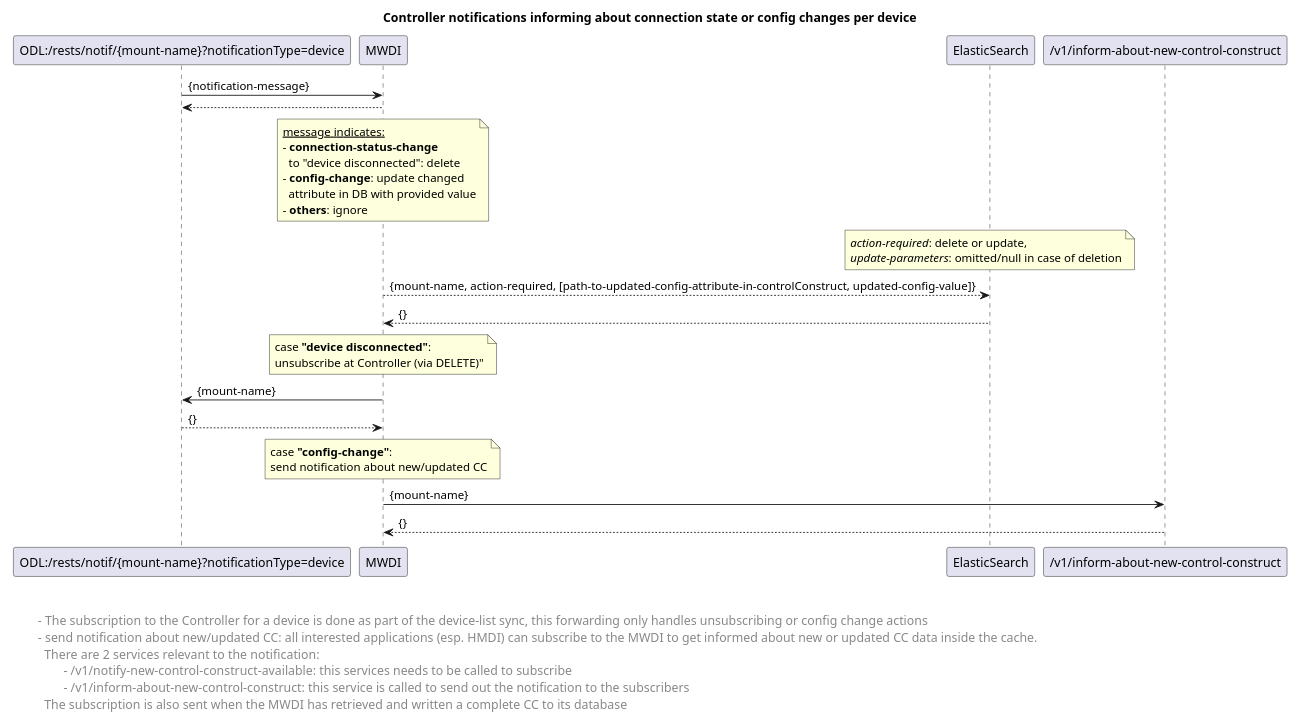
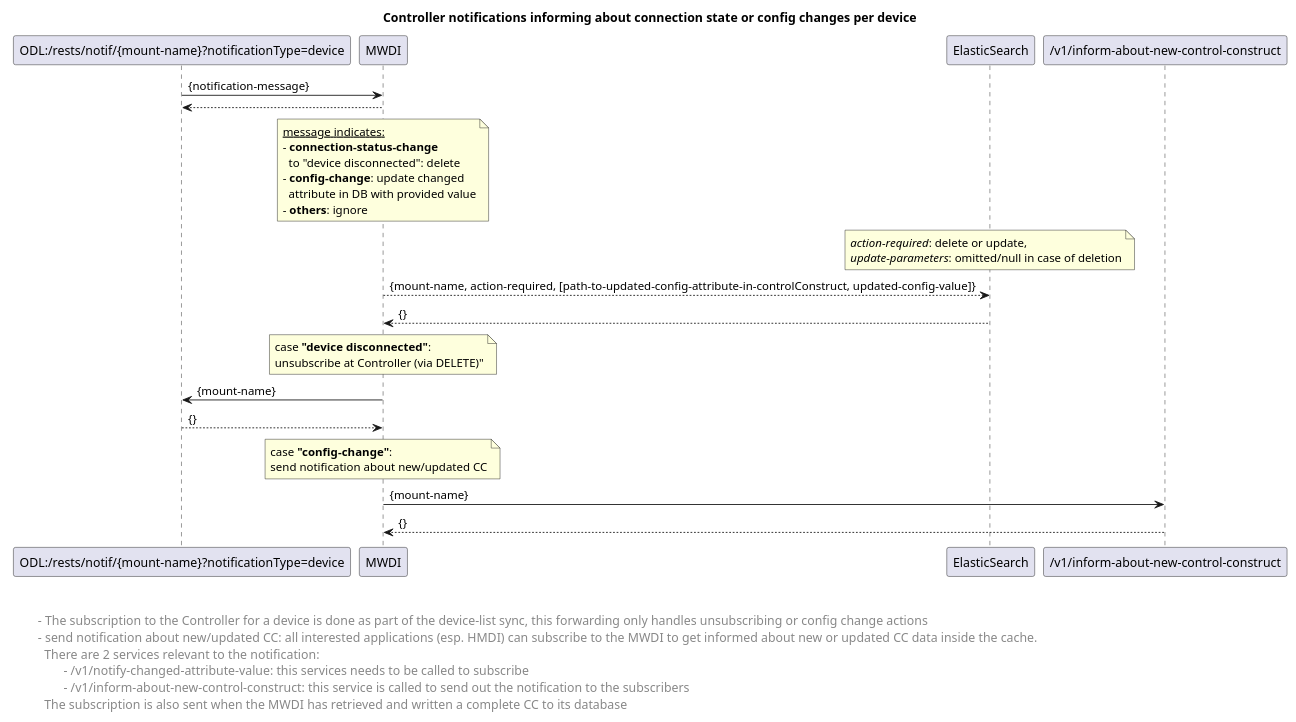
One commit to openBackhaul/MicroWaveDeviceInventory changed the diagram in spec/diagrams/other-process-flows/controlflow_no_forwarding_ControllerNotification.plantuml. Above: the diagram before and after it, drawn with PlantUML. The commit also changed 4 other files, not shown here.

```diff
--- a/spec/diagrams/other-process-flows/controlflow_no_forwarding_ControllerNotification.plantuml
+++ b/spec/diagrams/other-process-flows/controlflow_no_forwarding_ControllerNotification.plantuml
@@ -1,53 +1,53 @@
 @startuml
 skinparam responseMessageBelowArrow true
 
 title Controller notifications informing about connection state or config changes per device
 
 'receive the notification
 "ODL:/rests/notif/{mount-name}?notificationType=device" -> "MWDI": {notification-message}
 "MWDI" --> "ODL:/rests/notif/{mount-name}?notificationType=device"
 
 note over "MWDI"
  <u>message indicates:</u>
  - <b>connection-status-change</b> 
    to "device disconnected": delete
  - <b>config-change</b>: update changed 
    attribute in DB with provided value
  - <b>others</b>: ignore
 end note
 note over "ElasticSearch": <i>action-required</i>: delete or update, \n<i>update-parameters</i>: omitted/null in case of deletion
 
 
 "MWDI" --> "ElasticSearch": {mount-name, action-required, [path-to-updated-config-attribute-in-controlConstruct, updated-config-value]}
 "ElasticSearch" --> "MWDI": {}
 
 note over "MWDI": case <b>"device disconnected"</b>: \nunsubscribe at Controller (via DELETE)"
 
 "MWDI" -> "ODL:/rests/notif/{mount-name}?notificationType=device": {mount-name}
 "ODL:/rests/notif/{mount-name}?notificationType=device" --> "MWDI": {}
 
 note over "MWDI": case <b>"config-change"</b>: \nsend notification about new/updated CC
 "MWDI" -> "/v1/inform-about-new-control-construct": {mount-name}
 "/v1/inform-about-new-control-construct" --> "MWDI": {}
 
 
 left footer 
 
 
  \t - The subscription to the Controller for a device is done as part of the device-list sync, this forwarding only handles unsubscribing or config change actions
  \t - send notification about new/updated CC: all interested applications (esp. HMDI) can subscribe to the MWDI to get informed about new or updated CC data inside the cache.
  \t   There are 2 services relevant to the notification:
- \t\t - /v1/notify-new-control-construct-available: this services needs to be called to subscribe
+ \t\t - /v1/notify-changed-attribute-value: this services needs to be called to subscribe
  \t\t - /v1/inform-about-new-control-construct: this service is called to send out the notification to the subscribers
  \t   The subscription is also sent when the MWDI has retrieved and written a complete CC to its database 
 end footer
 
 
 <style>
 footer {
   HorizontalAlignment left
   FontSize 14
 }
 </style>
 
 @enduml
```
